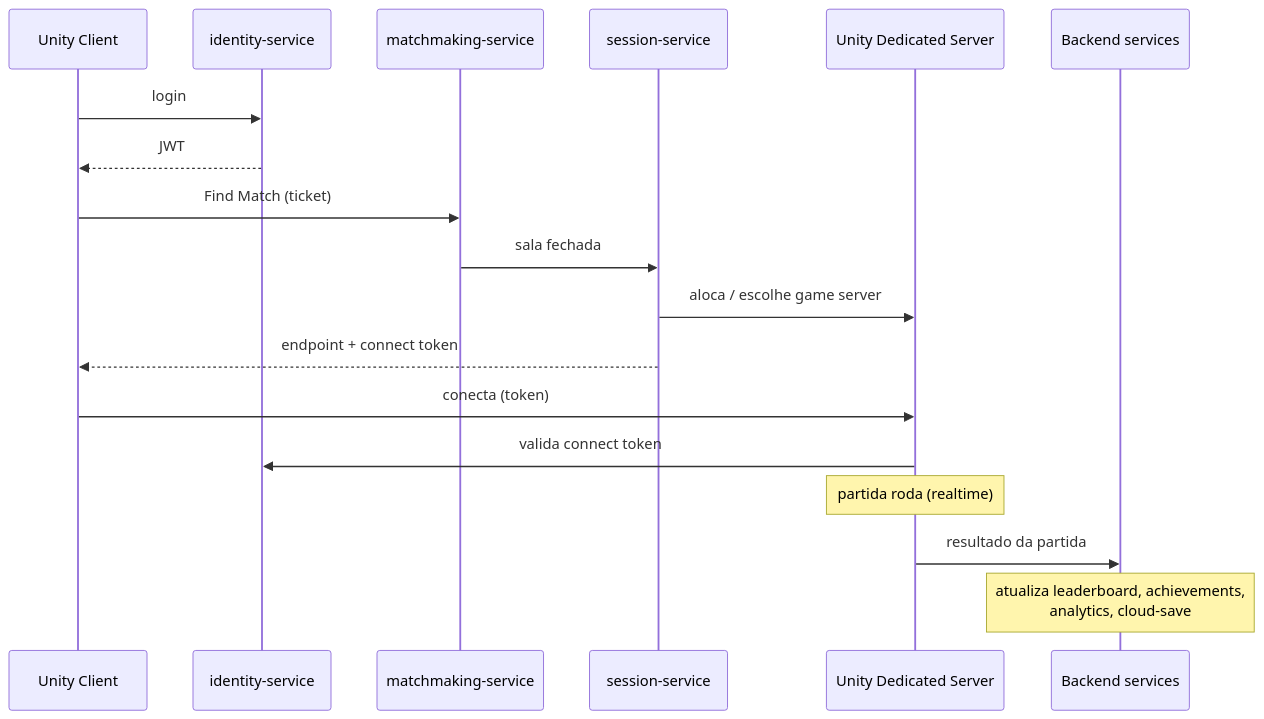
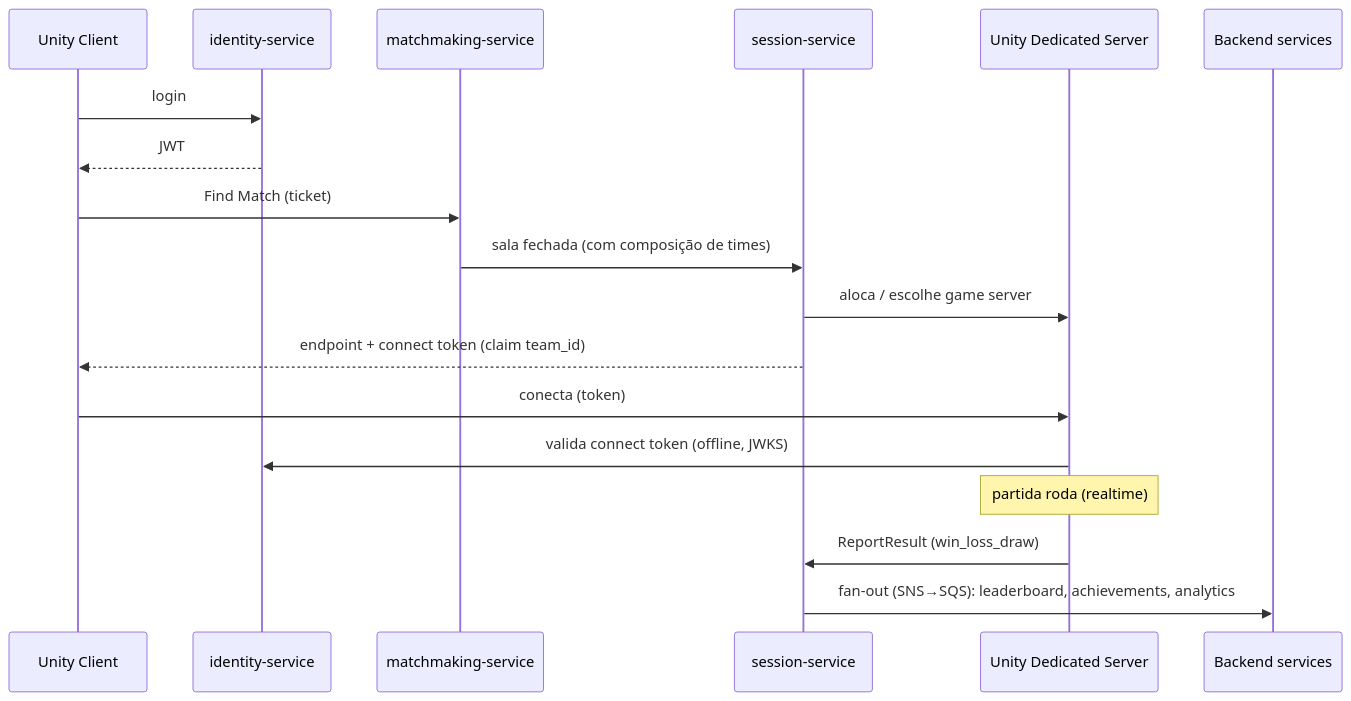
The fourth of 6 diagrams in docs/ARCHITECTURE.md (vitormartins1/go-multiplayer-control-plane), drawn with Mermaid before and after one commit. The commit also changed other lines of this file and 12 other files, not shown here.

````diff
--- a/docs/ARCHITECTURE.md
+++ b/docs/ARCHITECTURE.md
@@ -132,20 +152,20 @@
 ```mermaid
 sequenceDiagram
     participant C as Unity Client
     participant ID as identity-service
     participant MM as matchmaking-service
     participant SS as session-service
     participant GS as Unity Dedicated Server
     participant BE as Backend services
     C->>ID: login
     ID-->>C: JWT
     C->>MM: Find Match (ticket)
-    MM->>SS: sala fechada
+    MM->>SS: sala fechada (com composição de times)
     SS->>GS: aloca / escolhe game server
-    SS-->>C: endpoint + connect token
+    SS-->>C: endpoint + connect token (claim team_id)
     C->>GS: conecta (token)
-    GS->>ID: valida connect token
+    GS->>ID: valida connect token (offline, JWKS)
     Note over GS: partida roda (realtime)
-    GS->>BE: resultado da partida
-    Note over BE: atualiza leaderboard, achievements,<br/>analytics, cloud-save
+    GS->>SS: ReportResult (win_loss_draw)
+    SS->>BE: fan-out (SNS→SQS): leaderboard, achievements, analytics
 ```
````
